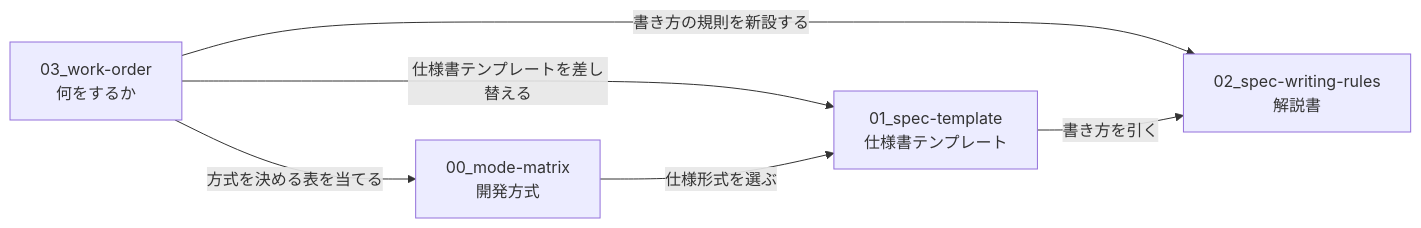
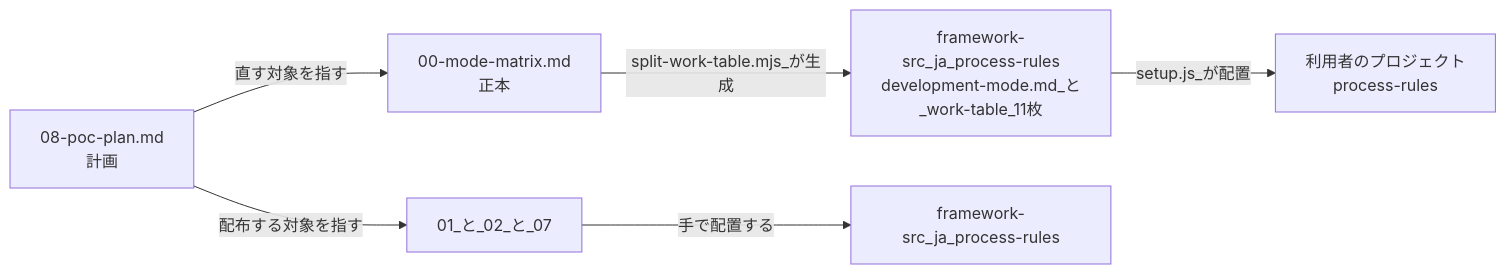
Before and after one commit to GoodRelax/gr-sw-maker: the diagram in maintenance/2026-08-10/README.md, drawn with Mermaid. The commit also changed other lines of this file and 8 other files, not shown here.

First line of the commit message:
Replace the work order with a PoC plan

````diff
--- a/maintenance/2026-08-10/README.md
+++ b/maintenance/2026-08-10/README.md
@@ -35,8 +23,8 @@
 ```mermaid
 flowchart LR
-    WO["03_work-order<br/>何をするか"] -->|"方式を決める表を当てる"| MODE["00_mode-matrix<br/>開発方式"]
-    WO -->|"仕様書テンプレートを差し替える"| TPL["01_spec-template<br/>仕様書テンプレート"]
-    WO -->|"書き方の規則を新設する"| RULE["02_spec-writing-rules<br/>解説書"]
-    MODE -->|"仕様形式を選ぶ"| TPL
-    TPL -->|"書き方を引く"| RULE
+    SRC["00-mode-matrix.md<br/>正本"] -->|"split-work-table.mjs_が生成"| GEN["framework-src_ja_process-rules<br/>development-mode.md_と_work-table_11枚"]
+    GEN -->|"setup.js_が配置"| USER["利用者のプロジェクト<br/>process-rules"]
+    PLAN["08-poc-plan.md<br/>計画"] -->|"直す対象を指す"| SRC
+    PLAN -->|"配布する対象を指す"| DIST["01_と_02_と_07"]
+    DIST -->|"手で配置する"| FS["framework-src_ja_process-rules"]
 ```
````
